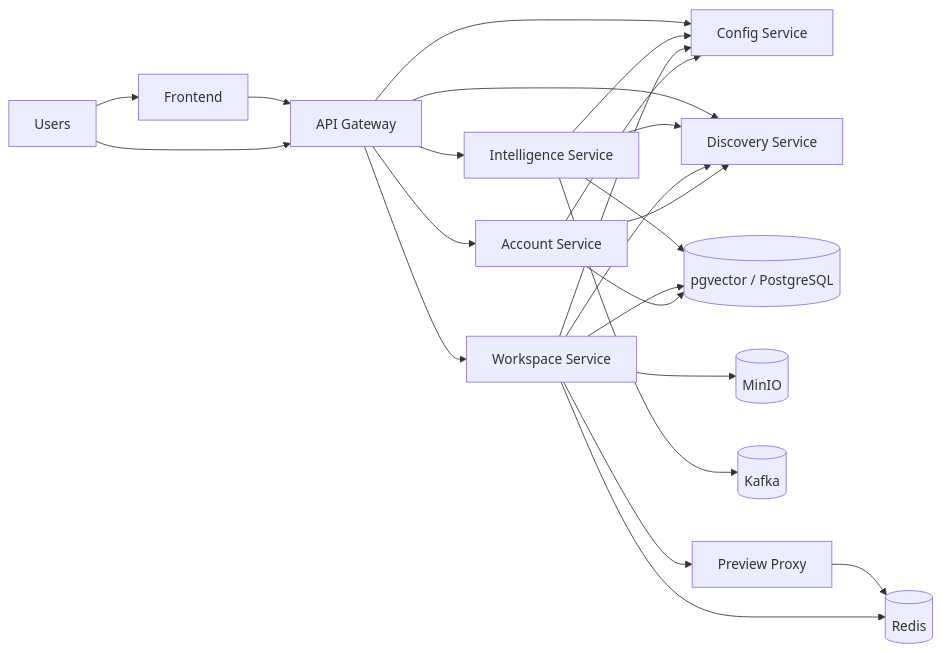
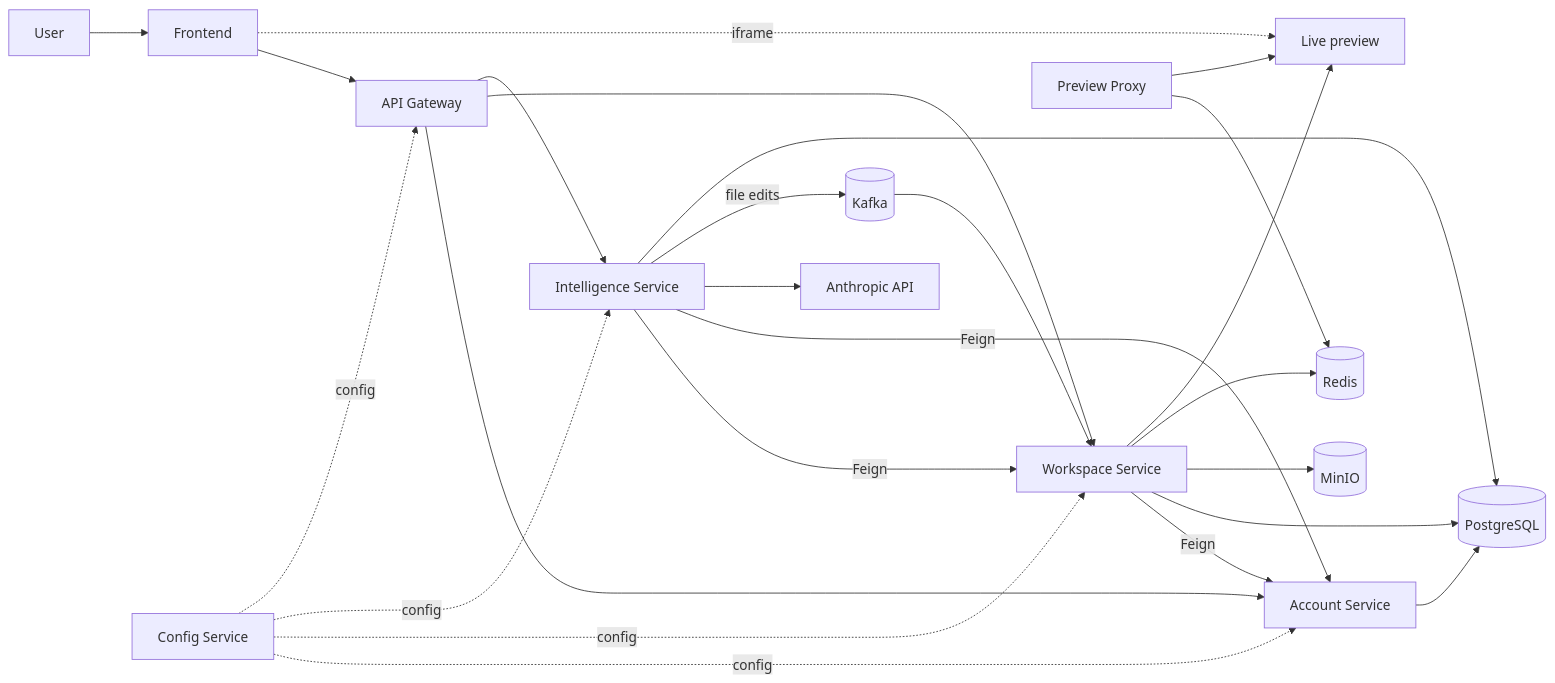
One commit to sagardevlab/Distributed-WebGenAI changed the diagram in README.md. Above: the diagram before and after it, drawn with Mermaid. The commit also changed other lines of this file and 131 other files, not shown here.

````diff
--- a/README.md
+++ b/README.md
@@ -23,30 +28,29 @@
 ```mermaid
 flowchart LR
-  U[Users] --> FE[Frontend]
-  U --> GW[API Gateway]
-  FE --> GW
+  U[User] --> FE[Frontend]
+  FE --> GW[API Gateway]
+  FE -. iframe .-> PV[Live preview]
 
   GW --> ACC[Account Service]
   GW --> WS[Workspace Service]
   GW --> AI[Intelligence Service]
 
-  ACC --> CFG[Config Service]
-  WS --> CFG
-  AI --> CFG
-  GW --> CFG
+  AI -->|Feign| WS
+  AI -->|Feign| ACC
+  WS -->|Feign| ACC
+  AI --> CLAUDE[Anthropic API]
 
-  ACC --> DISC[Discovery Service]
-  WS --> DISC
-  AI --> DISC
-  GW --> DISC
+  AI -- file edits --> KAFKA[(Kafka)]
+  KAFKA --> WS
 
-  ACC --> PG[(pgvector / PostgreSQL)]
+  ACC --> PG[(PostgreSQL)]
   WS --> PG
   AI --> PG
+  WS --> MINIO[(MinIO)]
+  WS --> REDIS[(Redis)]
+  WS --> PV
+  PXY[Preview Proxy] --> REDIS
+  PXY --> PV
 
-  WS --> REDIS[(Redis)]
-  WS --> MINIO[(MinIO)]
-  AI --> KAFKA[(Kafka)]
-  PXY[Preview Proxy] --> REDIS
-  WS --> PXY
+  CFG[Config Service] -. config .-> ACC & WS & AI & GW
 ```
````
